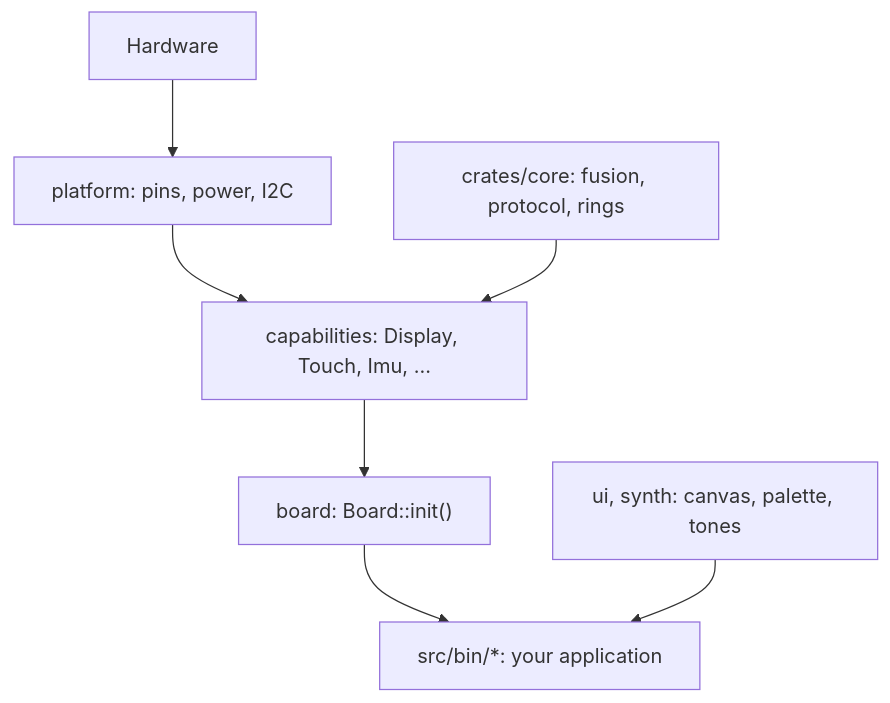
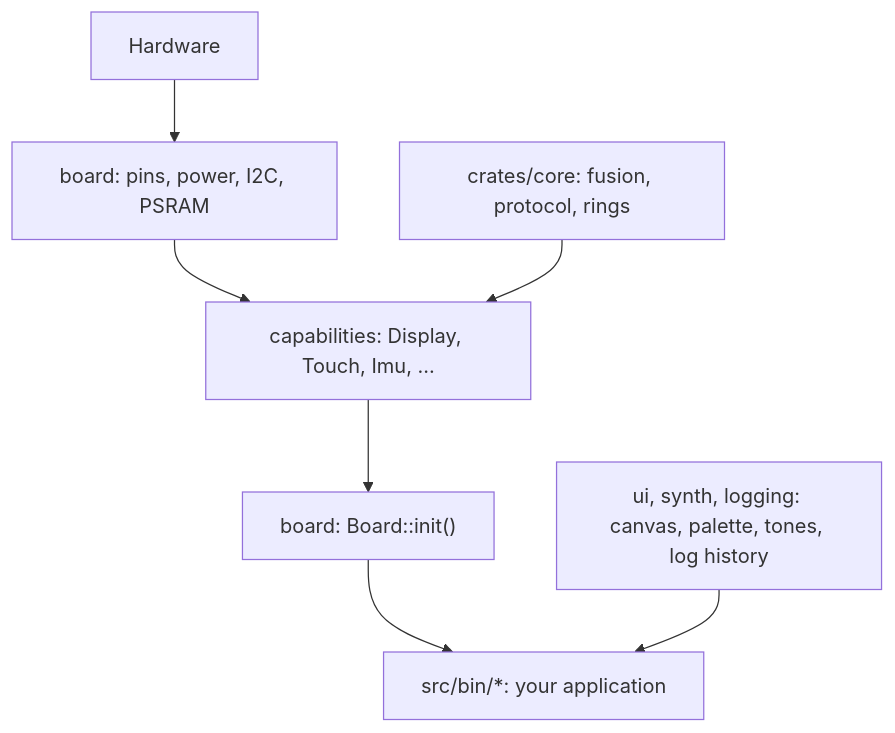
Before and after one commit to wackazong/hackandhike-2026: the first of 7 diagrams in docs/architecture.md, drawn with Mermaid. The commit also changed other lines of this file and 31 other files, not shown here.

First line of the commit message:
refactor: merge platform and support into board

````diff
--- a/docs/architecture.md
+++ b/docs/architecture.md
@@ -24,9 +24,9 @@
 ```mermaid
 flowchart TD
-    Hardware["Hardware"] --> Platform["platform: pins, power, I2C"]
-    Platform --> Capabilities["capabilities: Display, Touch, Imu, ..."]
+    Hardware["Hardware"] --> Pcb["board: pins, power, I2C, PSRAM"]
+    Pcb --> Capabilities["capabilities: Display, Touch, Imu, ..."]
     Core["crates/core: fusion, protocol, rings"] --> Capabilities
-    Capabilities --> Board["board: Board::init()"]
-    Board --> App["src/bin/*: your application"]
-    UI["ui, synth: canvas, palette, tones"] --> App
+    Capabilities --> Init["board: Board::init()"]
+    Init --> App["src/bin/*: your application"]
+    UI["ui, synth, logging: canvas, palette, tones, log history"] --> App
 ```
````
